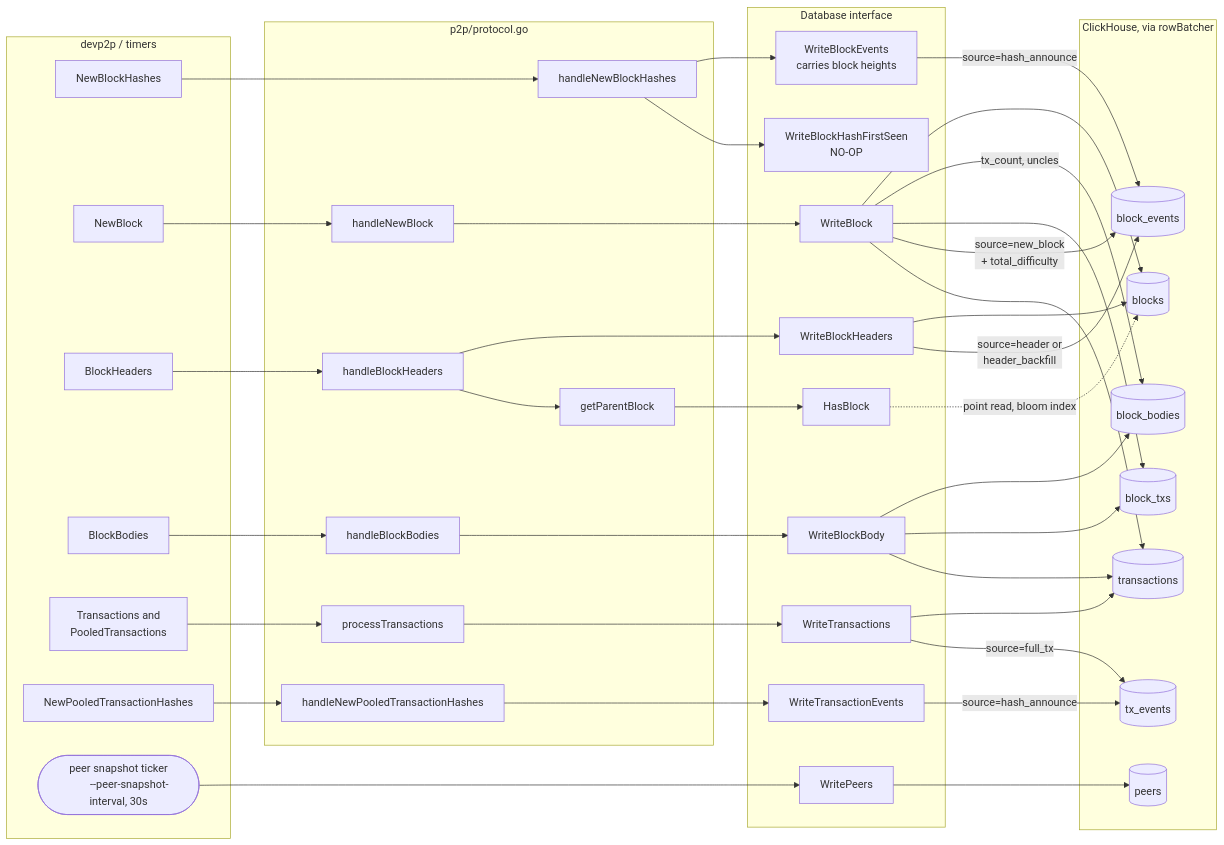
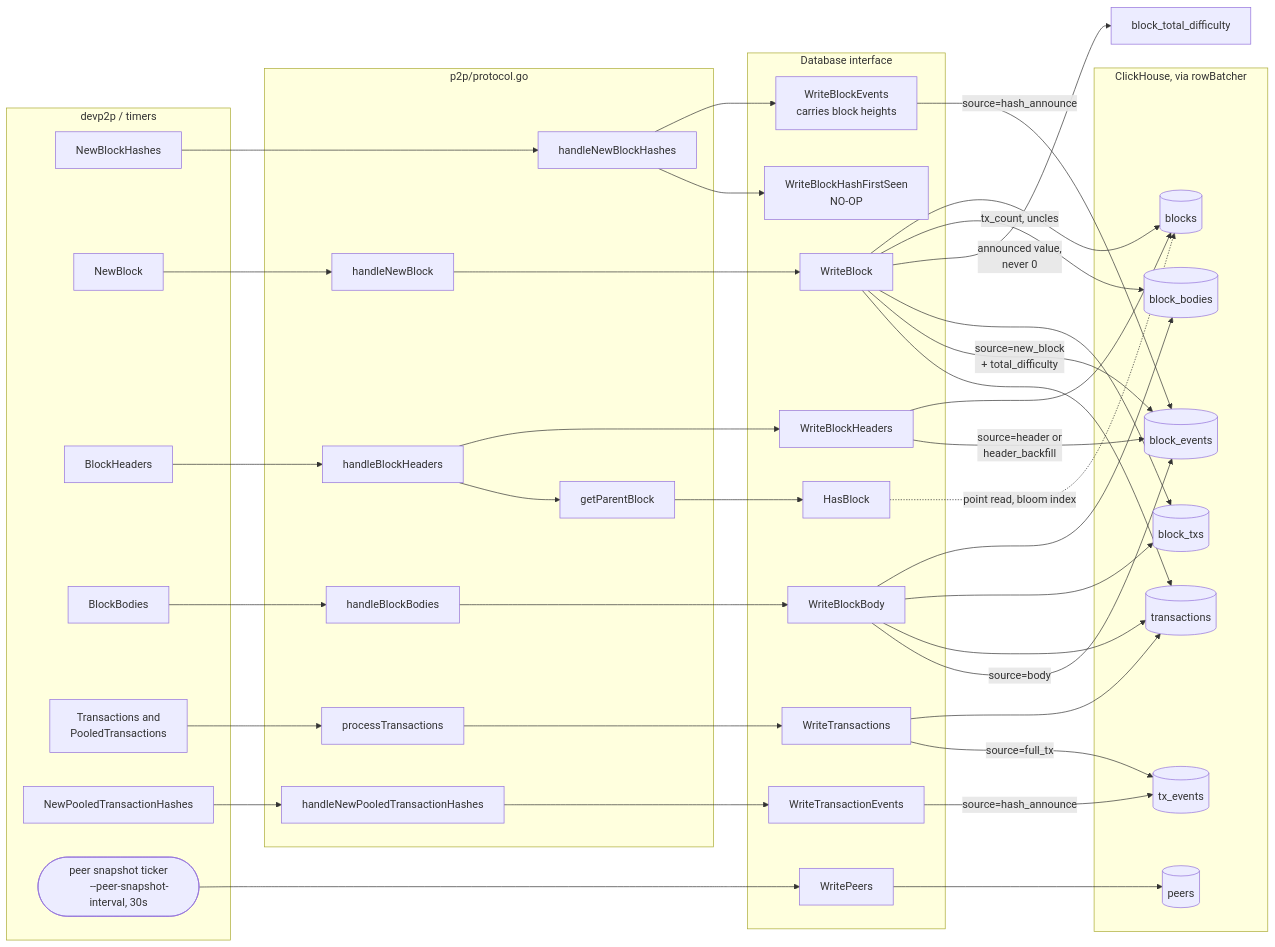
The third of 3 diagrams in cmd/p2p/sensor/clickhouse.md (0xPolygon/polygon-cli), drawn with Mermaid before and after one commit. The commit also changed other lines of this file and 5 other files, not shown here.

```diff
--- a/cmd/p2p/sensor/clickhouse.md
+++ b/cmd/p2p/sensor/clickhouse.md
@@ -387,6 +396,8 @@
     A1 -->|"source=hash_announce"| T4
     A2 --> T1
     A2 -->|"tx_count, uncles"| T2
+    A2 -->|"announced value,
+    never 0"| T9[block_total_difficulty]
     A2 --> T3
     A2 -->|"source=new_block
     + total_difficulty"| T4
@@ -397,6 +408,7 @@
     A4 --> T2
     A4 --> T3
     A4 --> T5
+    A4 -->|"source=body"| T4
     A5 --> T5
     A5 -->|"source=full_tx"| T6
     A6 -->|"source=hash_announce"| T6
```
